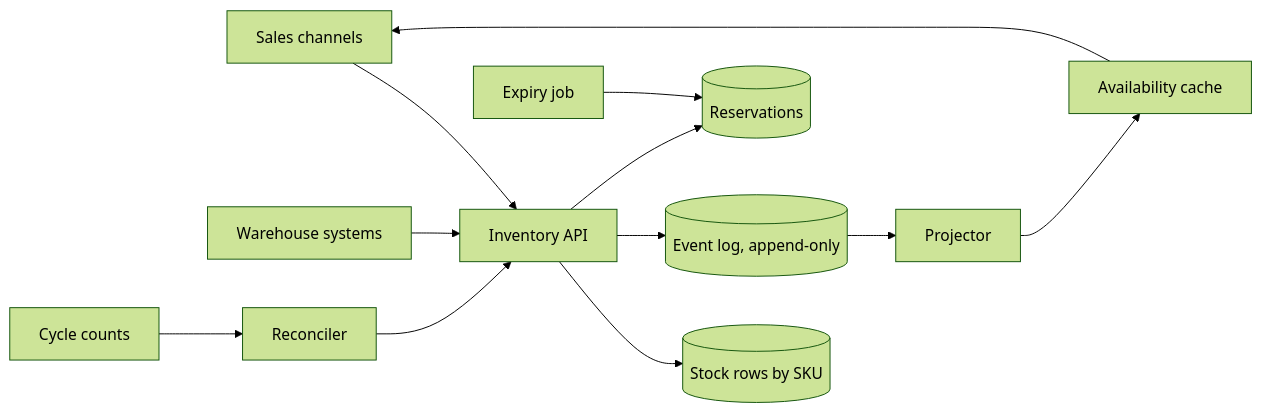
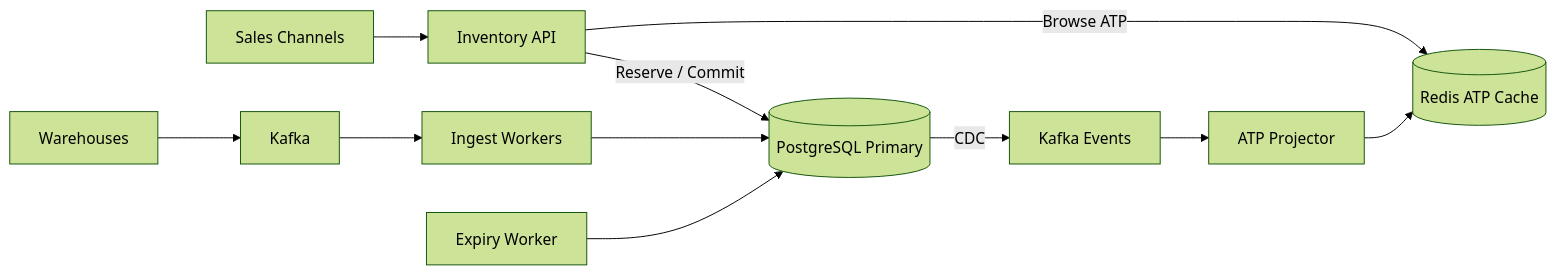
The second of 5 diagrams in content/system-design/22-interview-design-problems/24-inventory-management-system/README.md (TapanKumarBarik/Backend-roadmap), drawn with Mermaid (forest theme) before and after one commit. The commit also changed other lines of this file and 37 other files, not shown here.

Commit message:
Upgrade Track 22 (37 interview design problems) with scale-by-scale architecture evolution

````diff
--- a/content/system-design/22-interview-design-problems/24-inventory-management-system/README.md
+++ b/content/system-design/22-interview-design-problems/24-inventory-management-system/README.md
@@ -107,12 +173,9 @@
 ```mermaid
 flowchart LR
-  CH["Sales channels"] --> API["Inventory API"]
-  WH["Warehouse systems"] --> API
-  API --> S[("Stock rows by SKU")]
-  API --> EV[("Event log, append-only")]
-  API --> RS[("Reservations")]
-  EV --> PR["Projector"] --> AC["Availability cache"]
-  AC --> CH
-  CNT["Cycle counts"] --> REC["Reconciler"] --> API
-  EXP["Expiry job"] --> RS
+  CH["Sales Channels"] --> API["Inventory API"]
+  API -->|"Browse ATP"| RC[("Redis ATP Cache")]
+  API -->|"Reserve / Commit"| DB[("PostgreSQL Primary")]
+  WH["Warehouses"] --> K["Kafka"] --> ING["Ingest Workers"] --> DB
+  DB -->|"CDC"| K2["Kafka Events"] --> PROJ["ATP Projector"] --> RC
+  EXP["Expiry Worker"] --> DB
 ```
````
